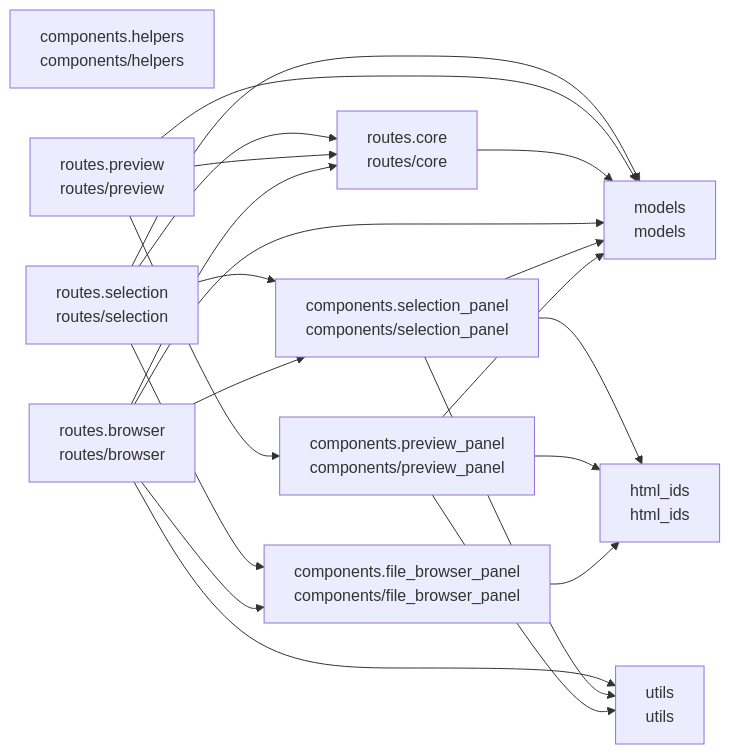
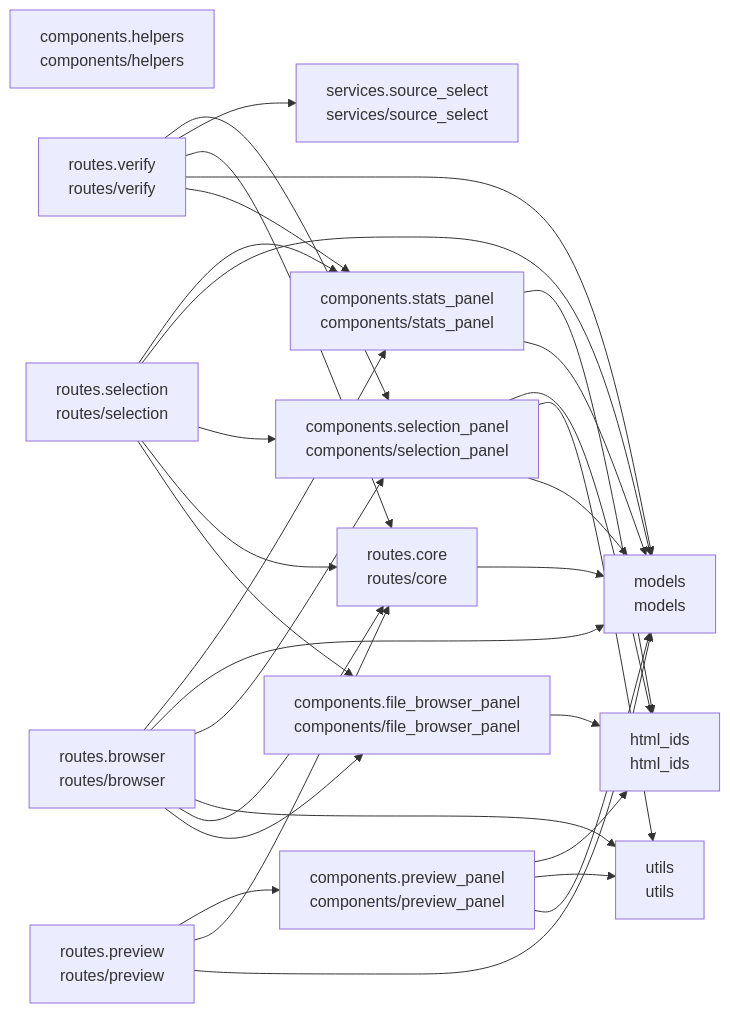
The diagram in README.md (cj-mills/cjm-transcription-source-select), drawn with Mermaid before and after one commit. The commit also changed other lines of this file and 7 other files, not shown here.

````diff
--- a/README.md
+++ b/README.md
@@ -33,35 +37,47 @@
 ``` mermaid
 graph LR
     components_file_browser_panel[components.file_browser_panel<br/>components/file_browser_panel]
     components_helpers[components.helpers<br/>components/helpers]
     components_preview_panel[components.preview_panel<br/>components/preview_panel]
     components_selection_panel[components.selection_panel<br/>components/selection_panel]
+    components_stats_panel[components.stats_panel<br/>components/stats_panel]
     html_ids[html_ids<br/>html_ids]
     models[models<br/>models]
     routes_browser[routes.browser<br/>routes/browser]
     routes_core[routes.core<br/>routes/core]
     routes_preview[routes.preview<br/>routes/preview]
     routes_selection[routes.selection<br/>routes/selection]
+    routes_verify[routes.verify<br/>routes/verify]
+    services_source_select[services.source_select<br/>services/source_select]
     utils[utils<br/>utils]
 
     components_file_browser_panel --> html_ids
+    components_preview_panel --> models
+    components_preview_panel --> utils
     components_preview_panel --> html_ids
-    components_preview_panel --> utils
-    components_preview_panel --> models
     components_selection_panel --> models
+    components_selection_panel --> utils
     components_selection_panel --> html_ids
-    components_selection_panel --> utils
-    routes_browser --> models
-    routes_browser --> utils
+    components_stats_panel --> models
+    components_stats_panel --> html_ids
     routes_browser --> components_file_browser_panel
     routes_browser --> routes_core
+    routes_browser --> utils
     routes_browser --> components_selection_panel
+    routes_browser --> models
+    routes_browser --> components_stats_panel
     routes_core --> models
     routes_preview --> models
     routes_preview --> routes_core
     routes_preview --> components_preview_panel
     routes_selection --> components_file_browser_panel
-    routes_selection --> models
     routes_selection --> routes_core
     routes_selection --> components_selection_panel
+    routes_selection --> models
+    routes_selection --> components_stats_panel
+    routes_verify --> components_stats_panel
+    routes_verify --> models
+    routes_verify --> routes_core
+    routes_verify --> services_source_select
+    routes_verify --> components_selection_panel
 ```
````
